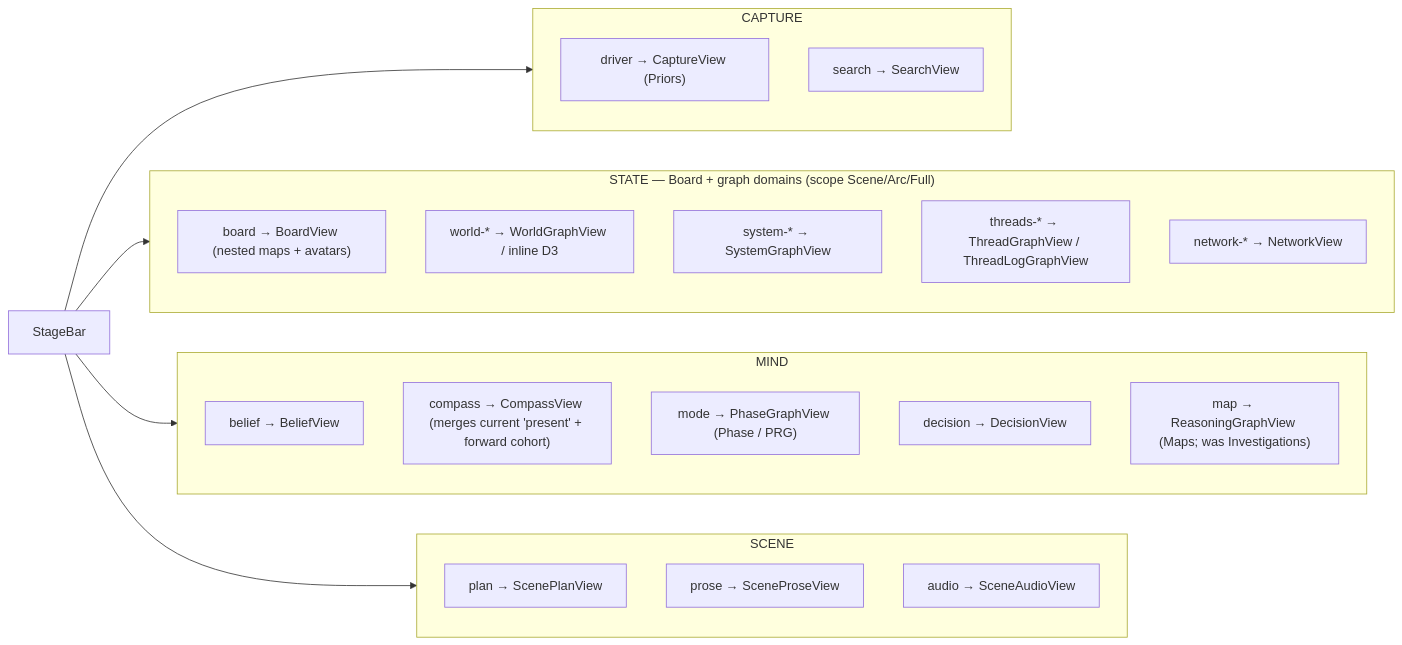
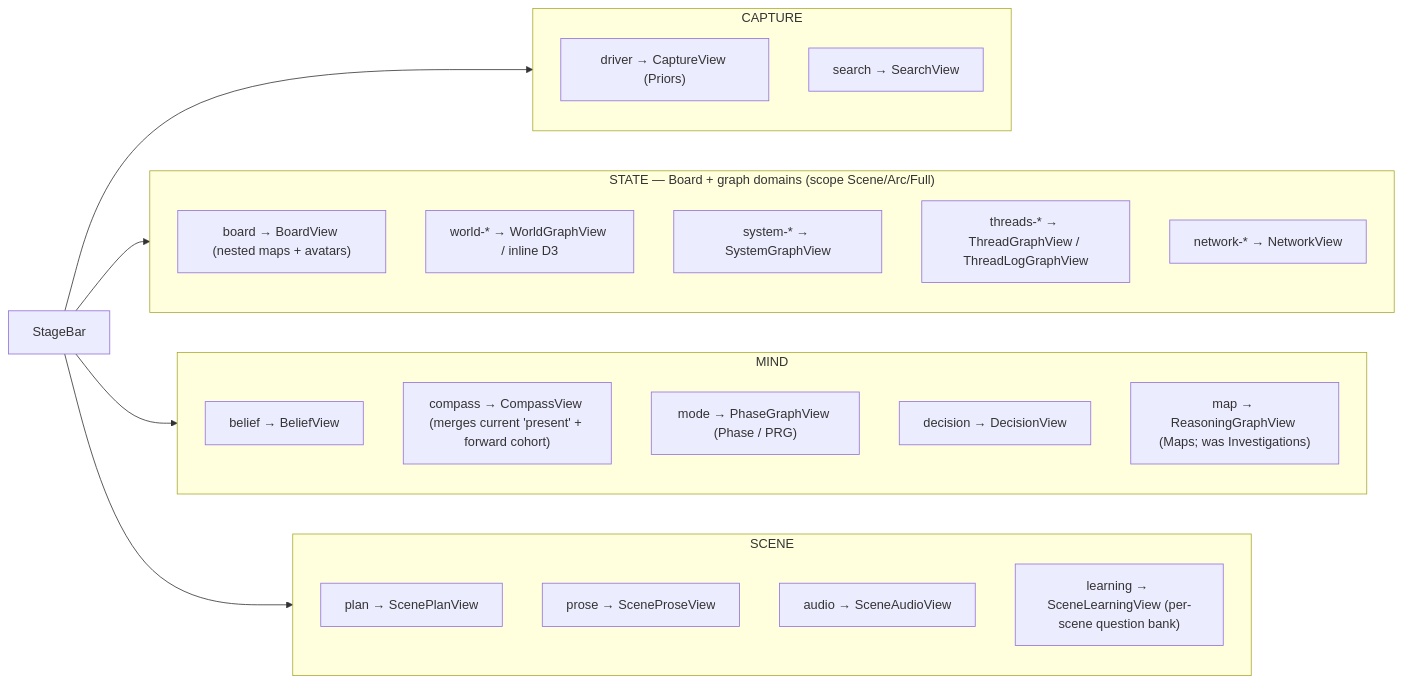
The third of 7 diagrams in MERMAID.md (jasonyu0100/meridians), drawn with Mermaid before and after one commit. The commit also changed other lines of this file and 1 other file, not shown here.

First line of the commit message:
Docs: map the Learning question-bank feature in MERMAID + regen TREE

````diff
--- a/MERMAID.md
+++ b/MERMAID.md
@@ -63,29 +63,30 @@
 ```mermaid
 flowchart LR
     CTB["StageBar"]
     CTB --> Capture & State & Mind & Scene
 
     subgraph Capture["CAPTURE"]
         d1["driver → CaptureView (Priors)"]
         d2["search → SearchView"]
     end
     subgraph State["STATE — Board + graph domains (scope Scene/Arc/Full)"]
         b1["board → BoardView (nested maps + avatars)"]
         g1["world-* → WorldGraphView / inline D3"]
         g2["system-* → SystemGraphView"]
         g3["threads-* → ThreadGraphView / ThreadLogGraphView"]
         g4["network-* → NetworkView"]
     end
     subgraph Mind["MIND"]
         c1["belief → BeliefView"]
         c2["compass → CompassView (merges current 'present' + forward cohort)"]
         c3["mode → PhaseGraphView (Phase / PRG)"]
         c4["decision → DecisionView"]
         c5["map → ReasoningGraphView (Maps; was Investigations)"]
     end
     subgraph Scene["SCENE"]
         s1["plan → ScenePlanView"]
         s2["prose → SceneProseView"]
         s3["audio → SceneAudioView"]
+        s4["learning → SceneLearningView (per-scene question bank)"]
     end
 ```
````
